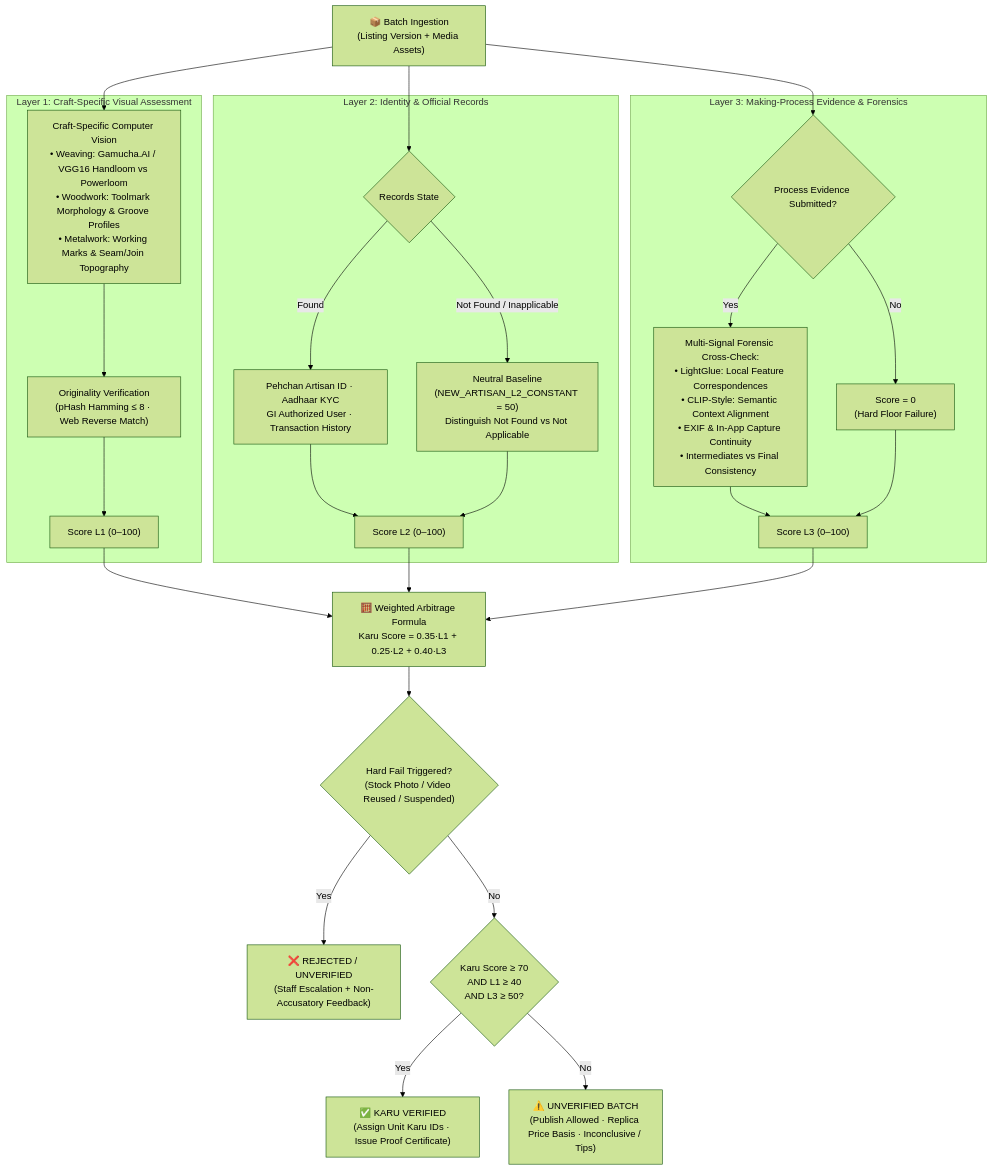
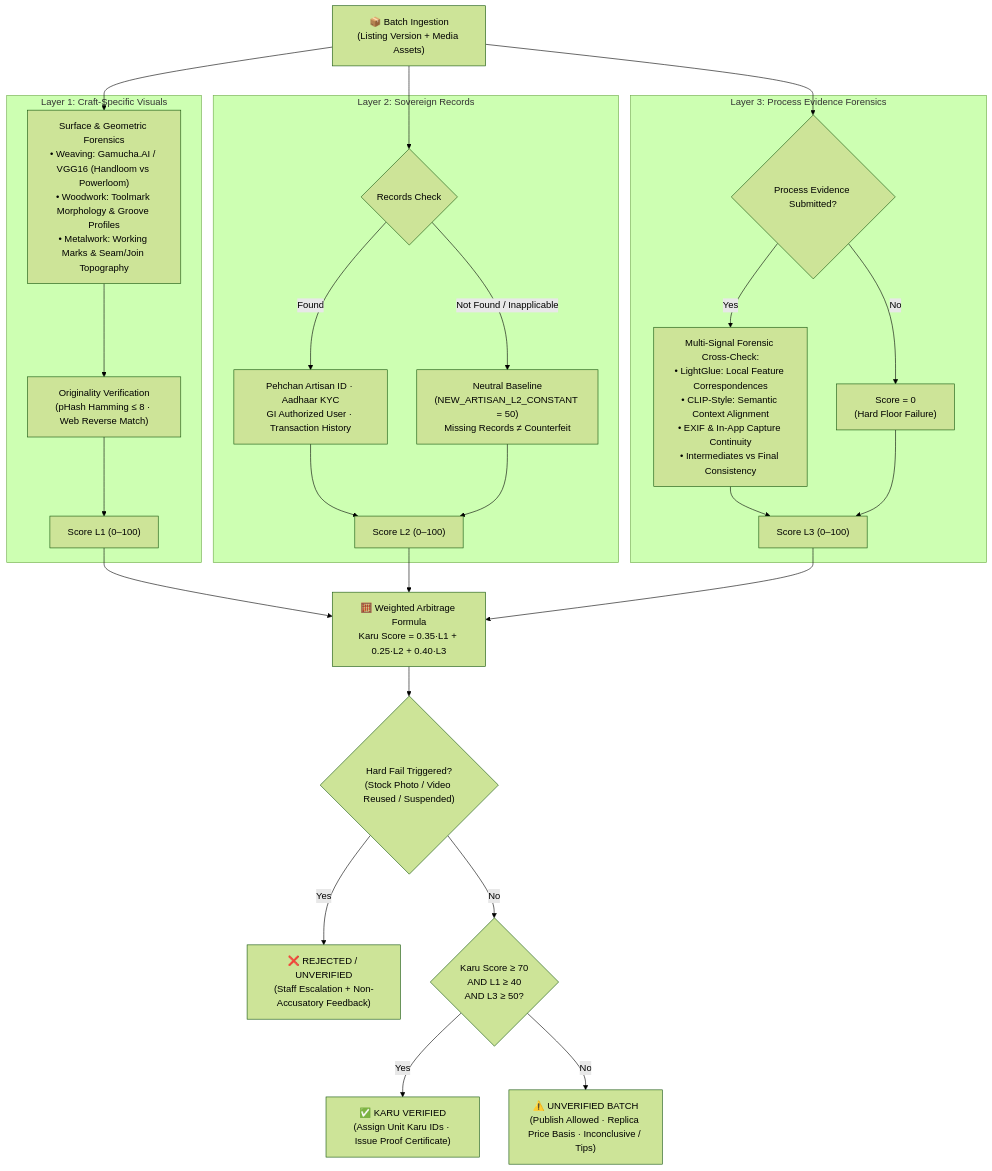
Before and after one commit to ScRocXx/KARU: the third of 6 diagrams in README.md, drawn with Mermaid (forest theme). The commit also changed other lines of this file, not shown here.

Commit message:
docs: correct header to KARU AI, streamline verification forensics, and highlight TinyFish cluster discovery

````diff
--- a/README.md
+++ b/README.md
@@ -152,32 +152,32 @@
 ```mermaid
 flowchart TD
     START["📦 Batch Ingestion\n(Listing Version + Media Assets)"] --> L1 & L2 & L3
 
-    subgraph Layer1[" Layer 1: Craft-Specific Visual Assessment "]
-        L1["Craft-Specific Computer Vision\n• Weaving: Gamucha.AI / VGG16 Handloom vs Powerloom\n• Woodwork: Toolmark Morphology & Groove Profiles\n• Metalwork: Working Marks & Seam/Join Topography"]
+    subgraph Layer1[" Layer 1: Craft-Specific Visuals "]
+        L1["Surface & Geometric Forensics\n• Weaving: Gamucha.AI / VGG16 (Handloom vs Powerloom)\n• Woodwork: Toolmark Morphology & Groove Profiles\n• Metalwork: Working Marks & Seam/Join Topography"]
         L1_HASH["Originality Verification\n(pHash Hamming ≤ 8 · Web Reverse Match)"]
         L1 --> L1_HASH --> S_L1["Score L1 (0–100)"]
     end
 
-    subgraph Layer2[" Layer 2: Identity & Official Records "]
-        L2{"Records State"}
+    subgraph Layer2[" Layer 2: Sovereign Records "]
+        L2{"Records Check"}
         L2 -- "Found" --> L2_CALC["Pehchan Artisan ID · Aadhaar KYC\nGI Authorized User · Transaction History"]
-        L2 -- "Not Found / Inapplicable" --> L2_CONST["Neutral Baseline\n(NEW_ARTISAN_L2_CONSTANT = 50)\nDistinguish Not Found vs Not Applicable"]
+        L2 -- "Not Found / Inapplicable" --> L2_CONST["Neutral Baseline\n(NEW_ARTISAN_L2_CONSTANT = 50)\nMissing Records ≠ Counterfeit"]
         L2_CALC & L2_CONST --> S_L2["Score L2 (0–100)"]
     end
 
-    subgraph Layer3[" Layer 3: Making-Process Evidence & Forensics "]
+    subgraph Layer3[" Layer 3: Process Evidence Forensics "]
         L3{"Process Evidence Submitted?"}
         L3 -- Yes --> L3_VID["Multi-Signal Forensic Cross-Check:\n• LightGlue: Local Feature Correspondences\n• CLIP-Style: Semantic Context Alignment\n• EXIF & In-App Capture Continuity\n• Intermediates vs Final Consistency"]
         L3 -- No --> L3_ZERO["Score = 0\n(Hard Floor Failure)"]
         L3_VID & L3_ZERO --> S_L3["Score L3 (0–100)"]
     end
 
     S_L1 & S_L2 & S_L3 --> COMBINE["🧮 Weighted Arbitrage Formula\nKaru Score = 0.35·L1 + 0.25·L2 + 0.40·L3"]
 
     COMBINE --> CHECK{"Hard Fail Triggered?\n(Stock Photo / Video Reused / Suspended)"}
     CHECK -- Yes --> FAIL["❌ REJECTED / UNVERIFIED\n(Staff Escalation + Non-Accusatory Feedback)"]
     CHECK -- No --> EVAL{"Karu Score ≥ 70\nAND L1 ≥ 40\nAND L3 ≥ 50?"}
     EVAL -- Yes --> VERIFIED["✅ KARU VERIFIED\n(Assign Unit Karu IDs · Issue Proof Certificate)"]
     EVAL -- No --> UNVERIFIED["⚠️ UNVERIFIED BATCH\n(Publish Allowed · Replica Price Basis · Inconclusive / Tips)"]
 ```
````
